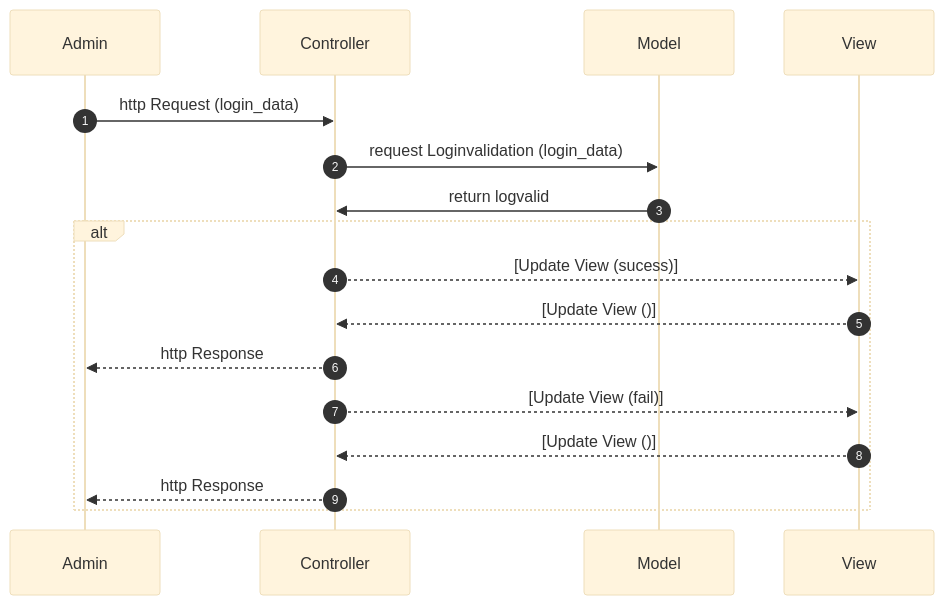
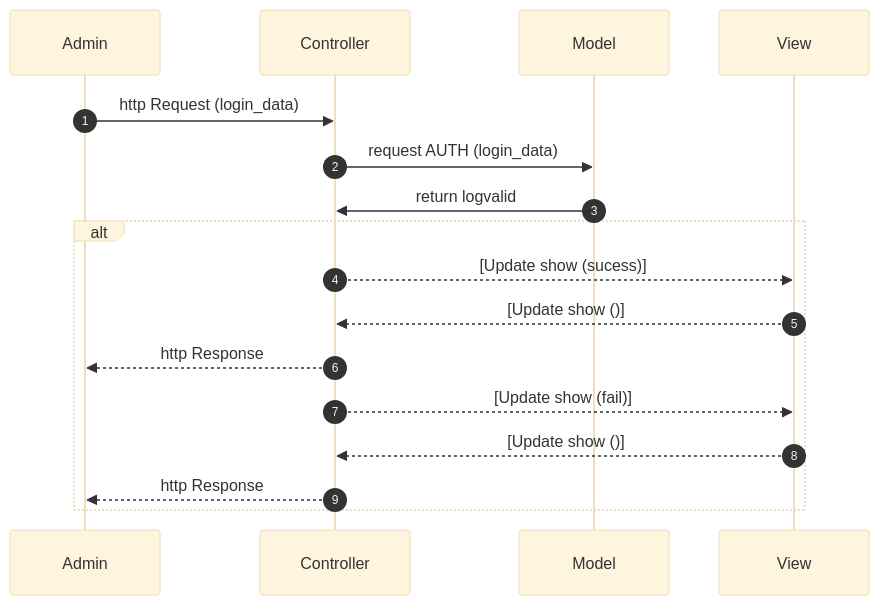
The third of 3 diagrams in README.md (juliexcode/sprint-07), drawn with Mermaid (base theme) before and after one commit. The commit also changed other lines of this file, not shown here.

Commit message:
UML Ends

````diff
--- a/README.md
+++ b/README.md
@@ -27,17 +31,17 @@
 ```mermaid
 sequenceDiagram
     autonumber
     Admin->>Controller: http Request (login_data) 
-    Controller->>Model: request Loginvalidation (login_data) 
+    Controller->>Model: request AUTH (login_data) 
     Model->>Controller: return logvalid 
 
      alt 
-    Controller-->>View: [Update View (sucess)] 
-    View-->>Controller: [Update View ()] 
+    Controller-->>View: [Update show (sucess)] 
+    View-->>Controller: [Update show ()] 
     Controller-->>Admin: http Response 
 
-    Controller-->>View: [Update View (fail)] 
-    View-->>Controller: [Update View ()] 
+    Controller-->>View: [Update show (fail)] 
+    View-->>Controller: [Update show ()] 
     Controller-->>Admin: http Response
     end
 ```
````
